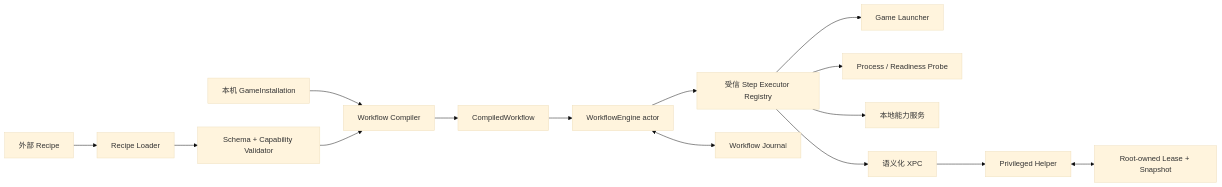
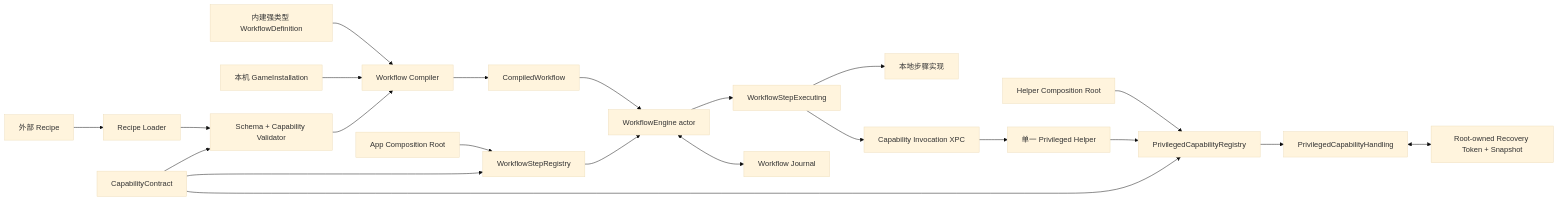
One commit to TingungX/mac-gaming-toolbox changed the diagram in docs/design/workflow-runtime.md. Above: the diagram before and after it, drawn with Mermaid (base theme). The commit also changed other lines of this file and 3 other files, not shown here.

Commit message:
docs: define capability registry boundaries

````diff
--- a/docs/design/workflow-runtime.md
+++ b/docs/design/workflow-runtime.md
@@ -91,17 +113,24 @@
 ```mermaid
 flowchart LR
     Recipe[外部 Recipe] --> Loader[Recipe Loader]
+    BuiltIn[内建强类型 WorkflowDefinition] --> Compiler[Workflow Compiler]
     Install[本机 GameInstallation] --> Compiler[Workflow Compiler]
     Loader --> Validator[Schema + Capability Validator]
     Validator --> Compiler
     Compiler --> Plan[CompiledWorkflow]
     Plan --> Engine[WorkflowEngine actor]
-    Engine --> Registry[受信 Step Executor Registry]
+    AppRoot[App Composition Root] --> StepRegistry[WorkflowStepRegistry]
+    StepRegistry --> Engine
+    Engine --> Step[WorkflowStepExecuting]
     Engine <--> Journal[Workflow Journal]
-    Registry --> Launch[Game Launcher]
-    Registry --> Probe[Process / Readiness Probe]
-    Registry --> Local[本地能力服务]
-    Registry --> XPC[语义化 XPC]
-    XPC --> Helper[Privileged Helper]
-    Helper <--> RootJournal[Root-owned Lease + Snapshot]
+    Step --> Local[本地步骤实现]
+    Step --> XPC[Capability Invocation XPC]
+    HelperRoot[Helper Composition Root] --> CapabilityRegistry[PrivilegedCapabilityRegistry]
+    XPC --> Helper[单一 Privileged Helper]
+    Helper --> CapabilityRegistry
+    CapabilityRegistry --> Handler[PrivilegedCapabilityHandling]
+    Handler <--> RootJournal[Root-owned Recovery Token + Snapshot]
+    Contract[CapabilityContract] --> Validator
+    Contract --> StepRegistry
+    Contract --> CapabilityRegistry
 ```
````
